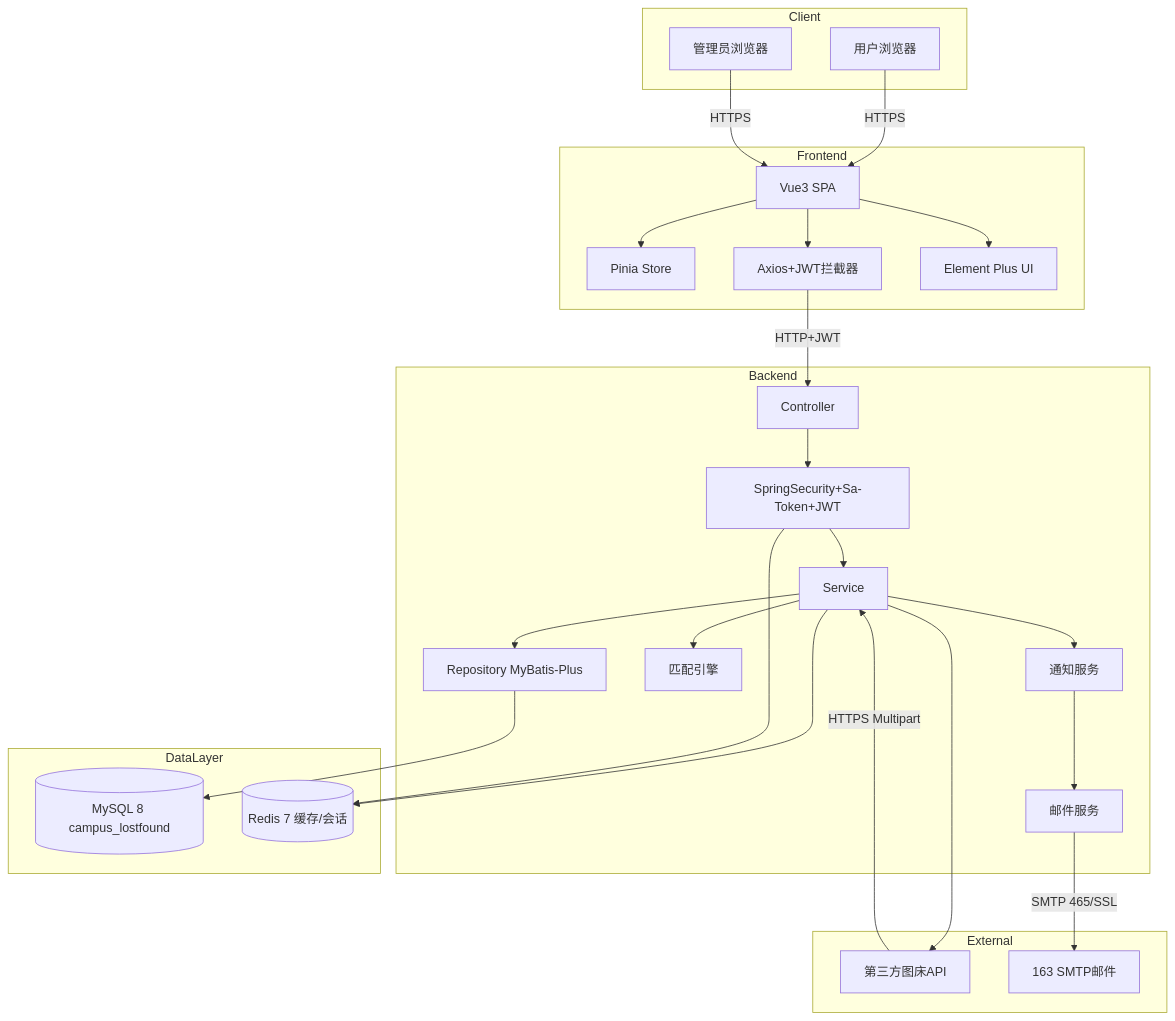
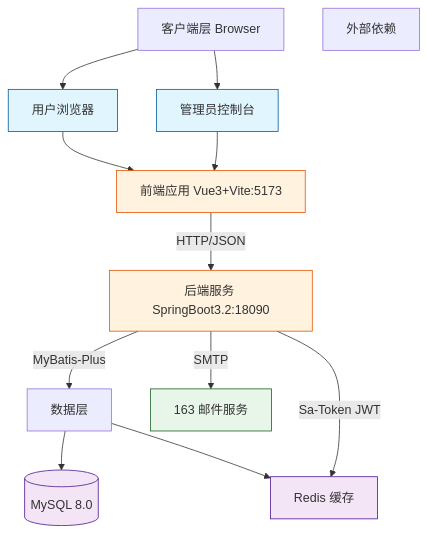
The third of 29 diagrams in docs/项目图表.md (zwj-3193655211/campus-LostandFound), drawn with Mermaid before and after one commit. The commit also changed other lines of this file and 51 other files, not shown here.

````diff
--- a/docs/项目图表.md
+++ b/docs/项目图表.md
@@ -38,84 +167,35 @@
 ```mermaid
 graph TB
     Client[客户端层 Browser]
-    Frontend[前端层 Vue3+Vite:3000]
-    Backend[后端层 SpringBoot3.2:18090]
+    Frontend[前端应用 Vue3+Vite:5173]
+    Backend[后端服务 SpringBoot3.2:18090]
     External[外部依赖]
     DataLayer[数据层]
 
-    %% 客户端
     U[用户浏览器]
-    ADM[管理员浏览器]
+    A[管理员控制台]
 
-    %% 前端组件
-    V[Vue3 SPA]
-    PIN[Pinia Store]
-    AX[Axios+JWT拦截器]
-    EL[Element Plus UI]
+    Client --> U
+    Client --> A
+    U --> Frontend
+    A --> Frontend
 
-    %% 后端组件
-    CTRL[Controller]
-    SVC[Service]
-    REPO[Repository MyBatis-Plus]
-    SEC[SpringSecurity+Sa-Token+JWT]
-    MATCH[匹配引擎]
-    NOTI[通知服务]
-    MAIL[邮件服务]
+    Frontend -->|HTTP/JSON| Backend
 
-    %% 外部服务
-    IMG[第三方图床API]
-    SMTP[163 SMTP邮件]
+    Backend -->|MyBatis-Plus| DataLayer
+    Backend -->|SMTP| MailServer[163 邮件服务]
+    Backend -->|Sa-Token JWT| CacheLayer[Redis 缓存]
 
-    %% 数据存储
-    DB[(MySQL 8 campus_lostfound)]
-    CACHE[(Redis 7 缓存/会话)]
+    DataLayer --> MySQL[(MySQL 8.0)]
+    DataLayer --> CacheLayer
 
-    %% 分组
-    subgraph Client
-        U
-        ADM
-    end
-    subgraph Frontend
-        V
-        PIN
-        AX
-        EL
-    end
-    subgraph Backend
-        CTRL
-        SVC
-        REPO
-        SEC
-        MATCH
-        NOTI
-        MAIL
-    end
-    subgraph External
-        IMG
-        SMTP
-    end
-    subgraph DataLayer
-        DB
-        CACHE
-    end
+    classDef client fill:#e1f5ff,stroke:#01579b
+    classDef server fill:#fff3e0,stroke:#e65100
+    classDef data fill:#f3e5f5,stroke:#4a148c
+    classDef external fill:#e8f5e9,stroke:#1b5e20
 
-    %% 连线
-    U -->|HTTPS| V
-    ADM -->|HTTPS| V
-    V --> PIN
-    V --> AX
-    V --> EL
-    AX -->|HTTP+JWT| CTRL
-    CTRL --> SEC
-    SEC --> SVC
-    SVC --> REPO
-    SVC --> MATCH
-    SVC --> NOTI
-    NOTI --> MAIL
-    MAIL -->|SMTP 465/SSL| SMTP
-    SVC --> IMG
-    IMG -->|HTTPS Multipart| SVC
-    REPO --> DB
-    SVC --> CACHE
-    SEC --> CACHE
+    class U,A client
+    class Backend,Frontend server
+    class MySQL,CacheLayer data
+    class MailServer external
 ```
````
